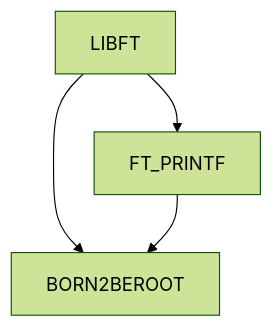
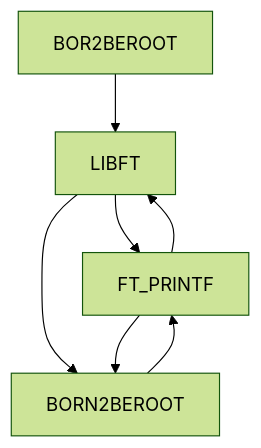
One commit to yassinebhk/42cursus changed the second of 2 diagrams in README.md. Above: the diagram before and after it, drawn with Mermaid (forest theme).

````diff
--- a/README.md
+++ b/README.md
@@ -11,6 +11,9 @@
 ```mermaid
 graph TD;
     LIBFT --> FT_PRINTF;
     LIBFT --> BORN2BEROOT
     FT_PRINTF --> BORN2BEROOT
+    BORN2BEROOT --> FT_PRINTF
+    BOR2BEROOT --> LIBFT
+    FT_PRINTF --> LIBFT
 ```
````
